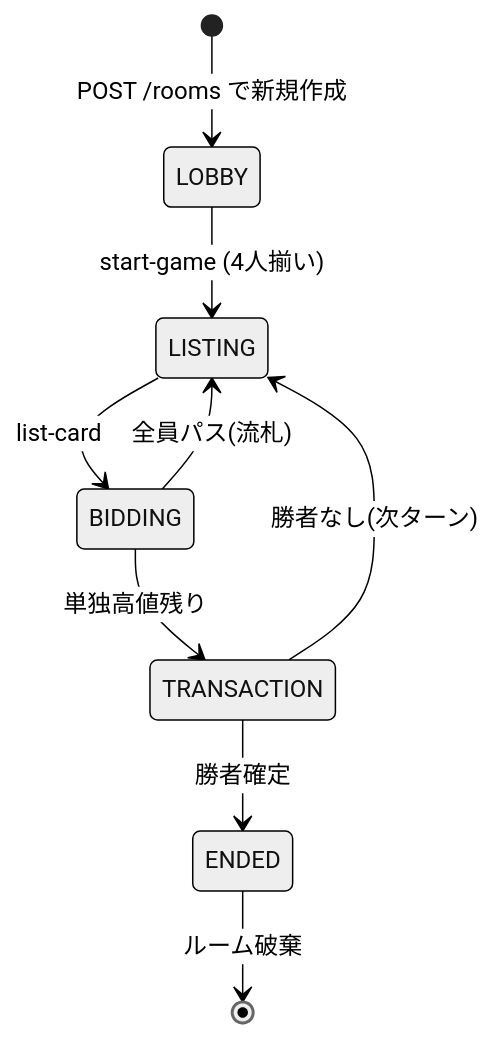
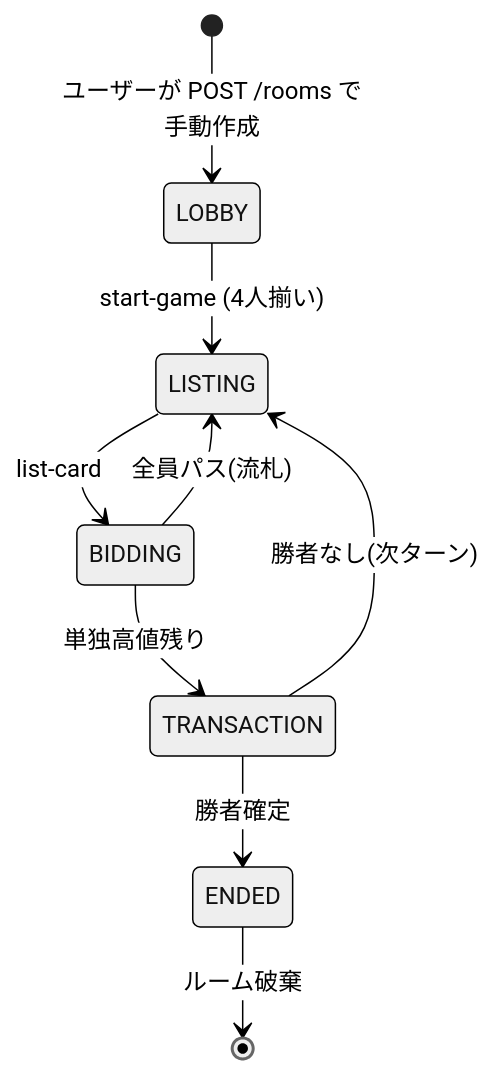
Before and after one commit to calm1205/bluff-auction: the diagram in docs/design/03_state_flow.md, drawn with Mermaid (neutral theme). The commit also changed other lines of this file and 41 other files, not shown here.

````diff
--- a/docs/design/03_state_flow.md
+++ b/docs/design/03_state_flow.md
@@ -5,11 +5,11 @@
 ```mermaid
 stateDiagram-v2
-    [*] --> LOBBY: POST /rooms で新規作成
+    [*] --> LOBBY: ユーザーが POST /rooms で手動作成
     LOBBY --> LISTING: start-game (4人揃い)
     LISTING --> BIDDING: list-card
     BIDDING --> TRANSACTION: 単独高値残り
     BIDDING --> LISTING: 全員パス(流札)
     TRANSACTION --> LISTING: 勝者なし(次ターン)
     TRANSACTION --> ENDED: 勝者確定
     ENDED --> [*]: ルーム破棄
 ```
````
